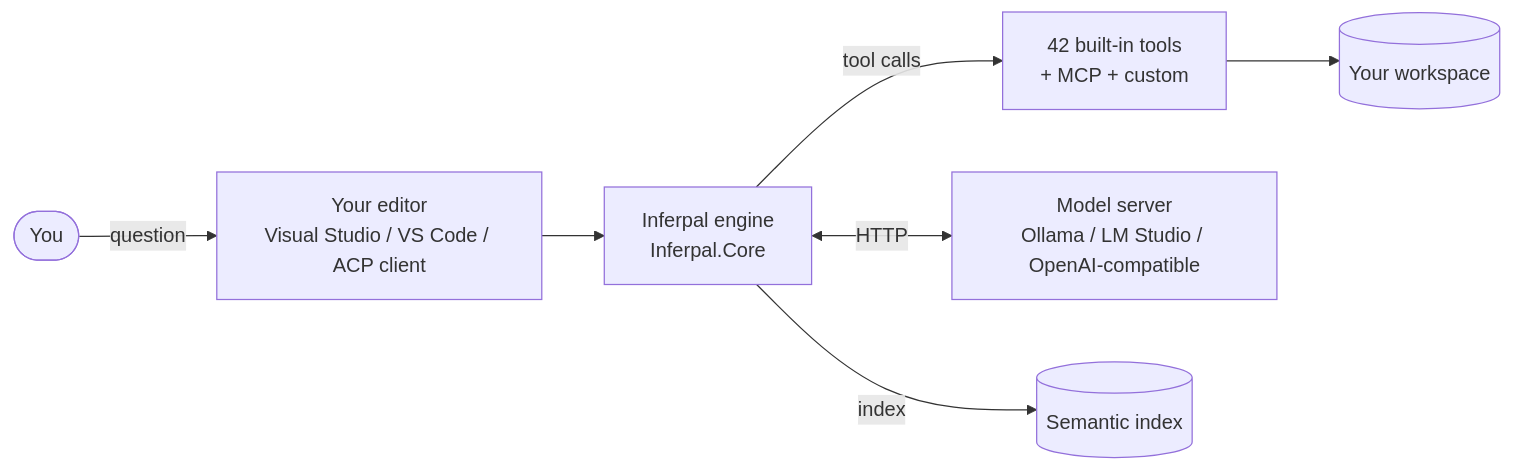
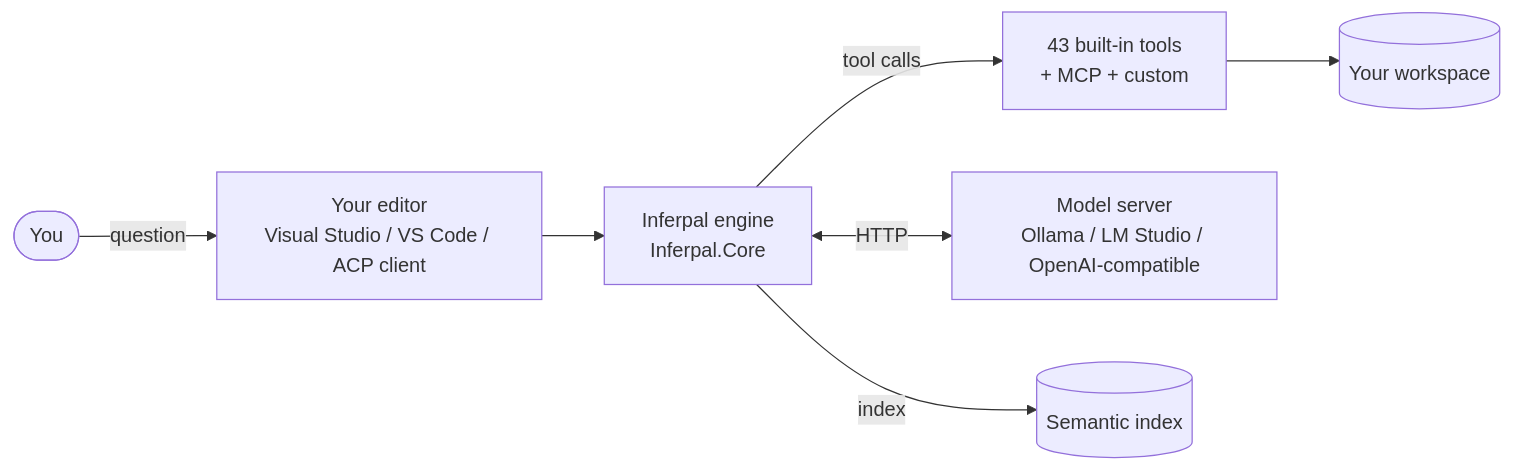
The diagram in docs/README.md (EstaxNet/Inferpal), drawn with Mermaid before and after one commit. The commit also changed other lines of this file and 32 other files, not shown here.

````diff
--- a/docs/README.md
+++ b/docs/README.md
@@ -40,9 +40,9 @@
 ```mermaid
 flowchart LR
     user([You]) -->|question| editor[Your editor<br/>Visual Studio / VS Code / ACP client]
     editor --> chat[Inferpal engine<br/>Inferpal.Core]
-    chat -->|tool calls| tools[42 built-in tools<br/>+ MCP + custom]
+    chat -->|tool calls| tools[43 built-in tools<br/>+ MCP + custom]
     chat <-->|HTTP| provider[Model server<br/>Ollama / LM Studio / OpenAI-compatible]
     tools --> ws[(Your workspace)]
     chat -->|index| rag[(Semantic index)]
 ```
````
